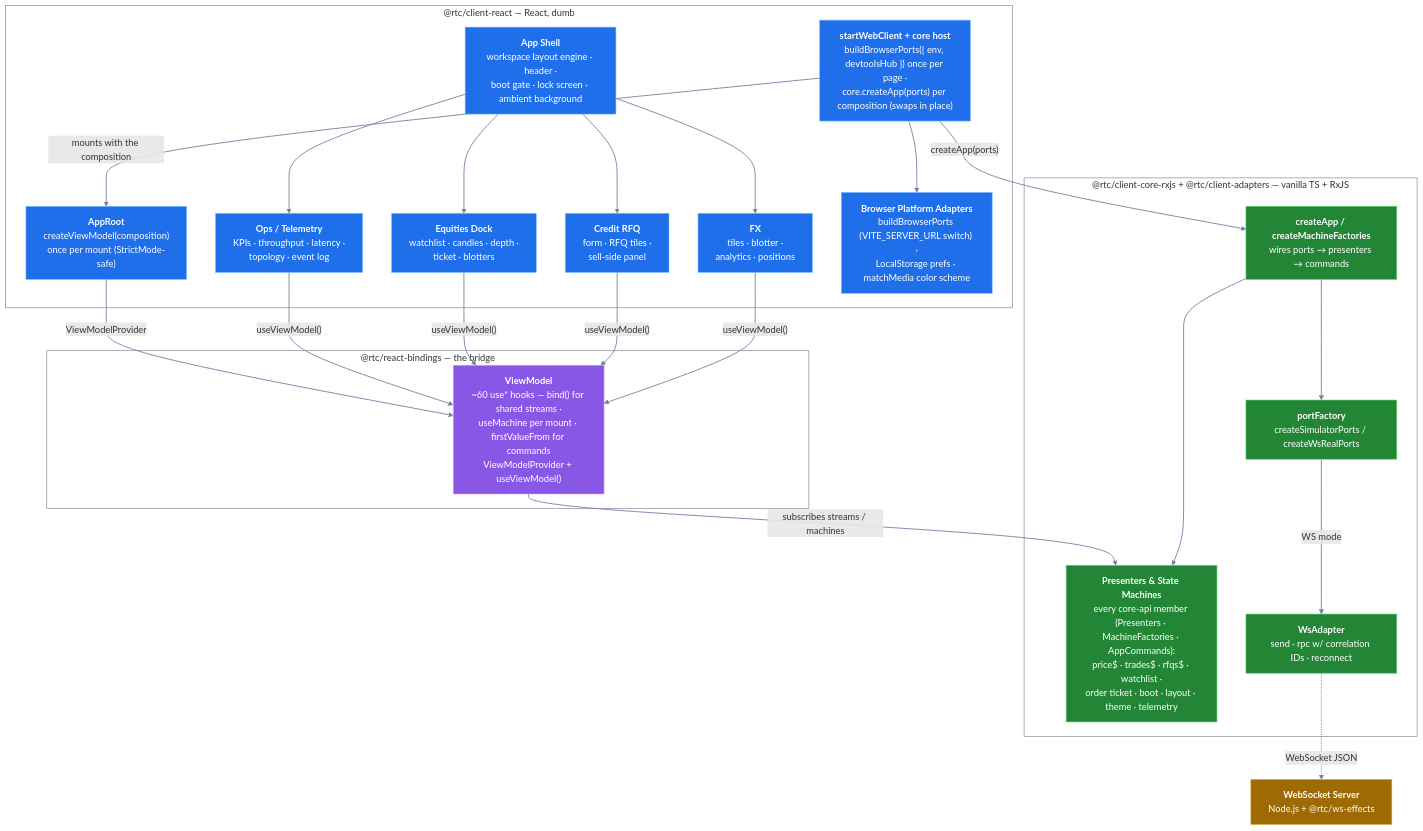
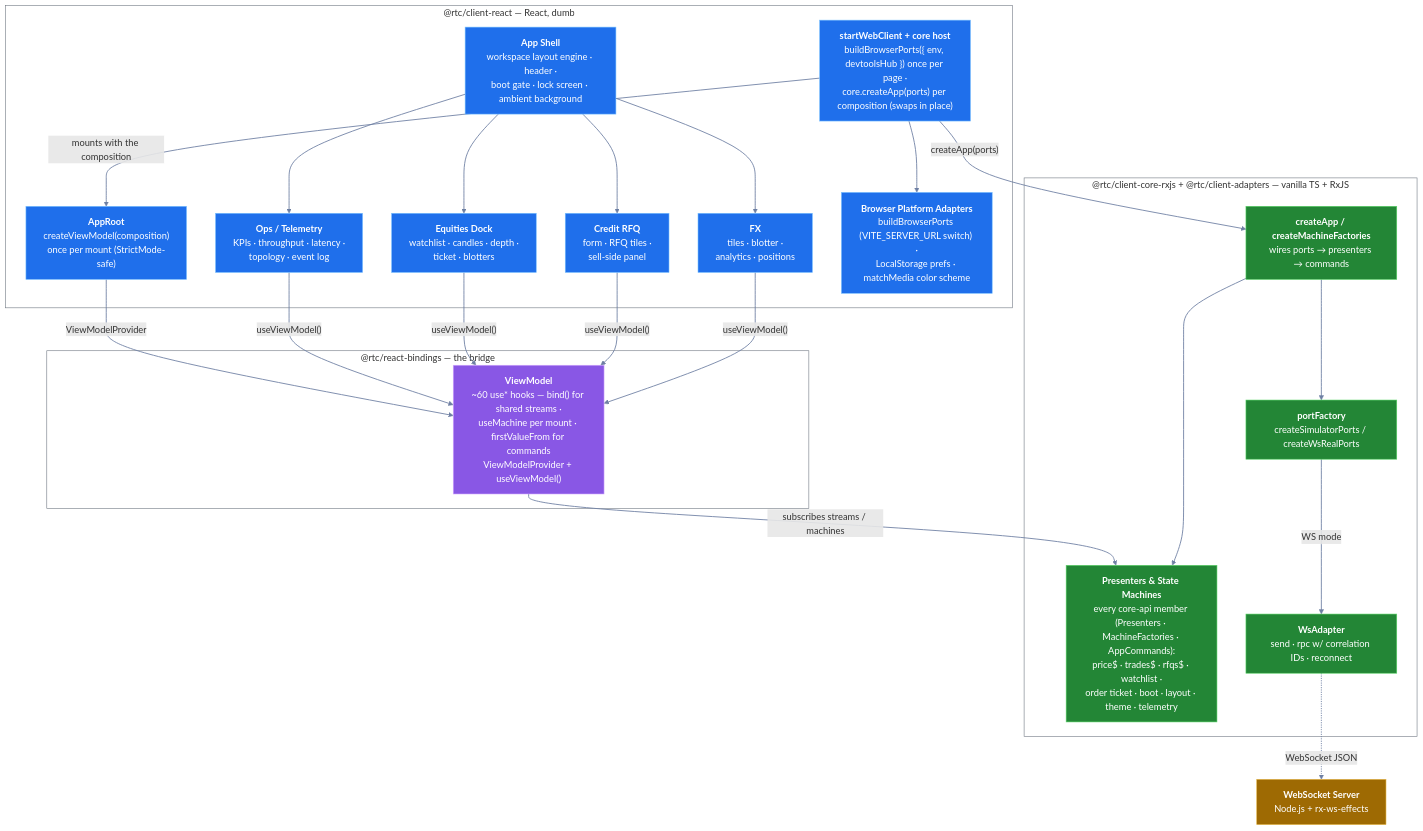
Before and after one commit to bettersoftware-io/ReactiveTraderCloudClone: the fourth of 7 diagrams in docs/architecture/02-c4-model.md, drawn with Mermaid. The commit also changed other lines of this file and 73 other files, not shown here.

First line of the commit message:
refactor(server): run on @better-software/rx-ws-effects from npm, delete packages/ws-effects

````diff
--- a/docs/architecture/02-c4-model.md
+++ b/docs/architecture/02-c4-model.md
@@ -154,50 +154,50 @@
 ```mermaid
 flowchart TB
     subgraph uiLayer["@rtc/client-react — React, dumb"]
         app["<b>App Shell</b><br/>workspace layout engine · header ·<br/>boot gate · lock screen · ambient background"]:::ui
         fxTiles["<b>FX</b><br/>tiles · blotter ·<br/>analytics · positions"]:::ui
         creditRfq["<b>Credit RFQ</b><br/>form · RFQ tiles ·<br/>sell-side panel"]:::ui
         equities["<b>Equities Dock</b><br/>watchlist · candles · depth ·<br/>ticket · blotters"]:::ui
         ops["<b>Ops / Telemetry</b><br/>KPIs · throughput · latency ·<br/>topology · event log"]:::ui
         coreHost["<b>startWebClient + core host</b><br/>buildBrowserPorts({ env, devtoolsHub }) once per page ·<br/>core.createApp(ports) per composition (swaps in place)"]:::ui
         appRoot["<b>AppRoot</b><br/>createViewModel(composition)<br/>once per mount (StrictMode-safe)"]:::ui
         browserAdapters["<b>Browser Platform Adapters</b><br/>buildBrowserPorts (VITE_SERVER_URL switch) ·<br/>LocalStorage prefs · matchMedia color scheme"]:::ui
         app --> fxTiles
         app --> creditRfq
         app --> equities
         app --> ops
     end
 
     subgraph bindingsLayer["@rtc/react-bindings — the bridge"]
         viewModel["<b>ViewModel</b><br/>~60 use* hooks — bind() for shared streams ·<br/>useMachine per mount · firstValueFrom for commands<br/>ViewModelProvider + useViewModel()"]:::bridge
     end
 
     subgraph coreLayer["@rtc/client-core-rxjs + @rtc/client-adapters — vanilla TS + RxJS"]
         composition["<b>createApp / createMachineFactories</b><br/>wires ports → presenters → commands"]:::core
         presenters["<b>Presenters & State Machines</b><br/>every core-api member (Presenters · MachineFactories · AppCommands):<br/>price$ · trades$ · rfqs$ · watchlist ·<br/>order ticket · boot · layout · theme · telemetry"]:::core
         portFactory["<b>portFactory</b><br/>createSimulatorPorts / createWsRealPorts"]:::core
         wsAdapter["<b>WsAdapter</b><br/>send · rpc w/ correlation IDs · reconnect"]:::core
         composition --> presenters
         composition --> portFactory
         portFactory -->|"WS mode"| wsAdapter
     end
 
-    server["<b>WebSocket Server</b><br/>Node.js + @rtc/ws-effects"]:::server
+    server["<b>WebSocket Server</b><br/>Node.js + rx-ws-effects"]:::server
 
     fxTiles & creditRfq & equities & ops -->|"useViewModel()"| viewModel
     coreHost --> browserAdapters
     coreHost -->|"createApp(ports)"| composition
     coreHost -->|"mounts with the composition"| appRoot
     appRoot -->|"ViewModelProvider"| viewModel
     viewModel -->|"subscribes streams / machines"| presenters
     wsAdapter -. WebSocket JSON .-> server
 
     classDef ui     fill:#1f6feb,stroke:#79c0ff,color:#ffffff
     classDef bridge fill:#8957e5,stroke:#d2a8ff,color:#ffffff
     classDef core   fill:#238636,stroke:#56d364,color:#ffffff
     classDef server fill:#9e6a03,stroke:#e3b341,color:#ffffff
     style uiLayer fill:transparent,stroke:#6e7681
     style bindingsLayer fill:transparent,stroke:#6e7681
     style coreLayer fill:transparent,stroke:#6e7681
     linkStyle default stroke:#6e7fa3,stroke-width:1.5px
 ```
````
